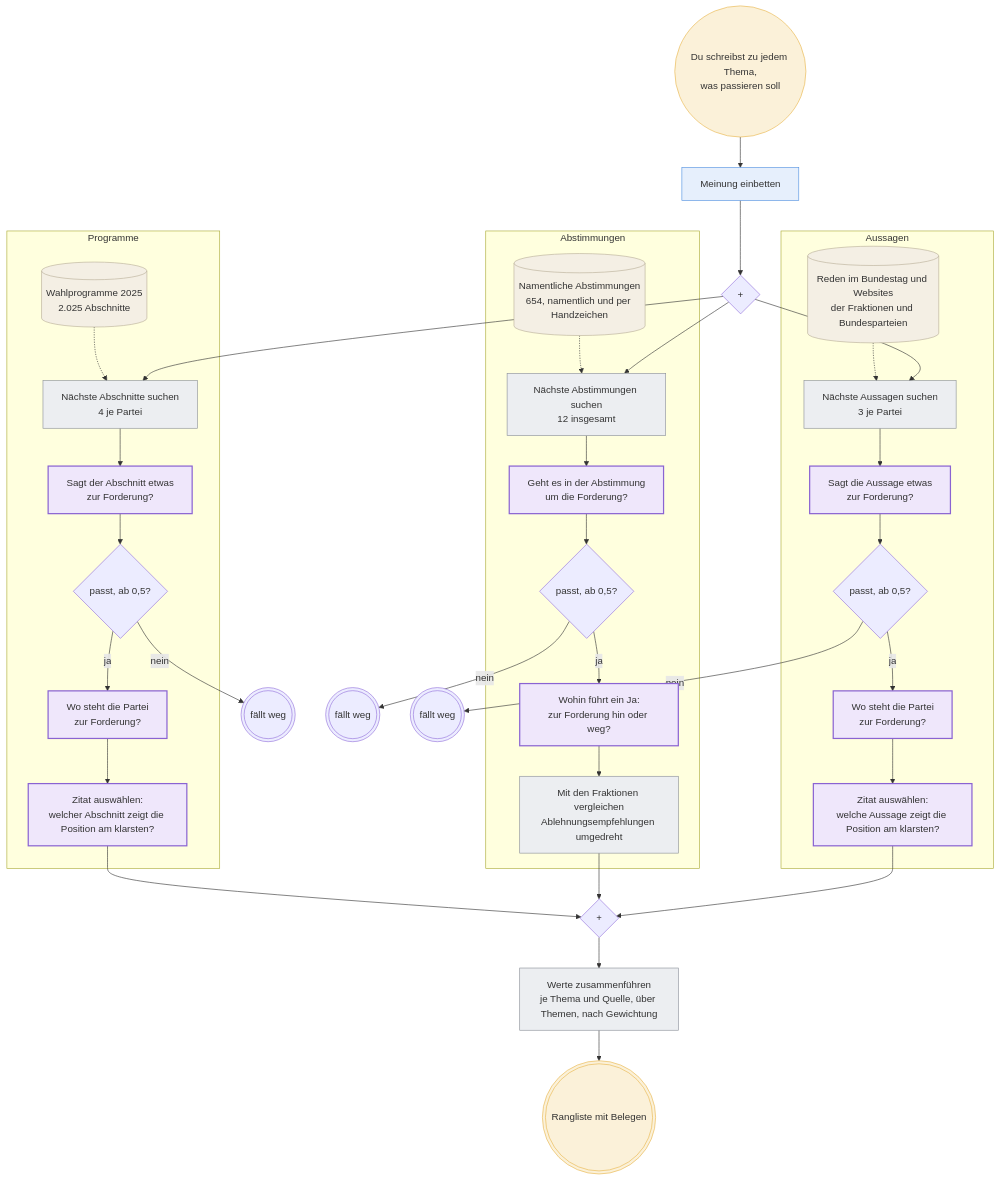
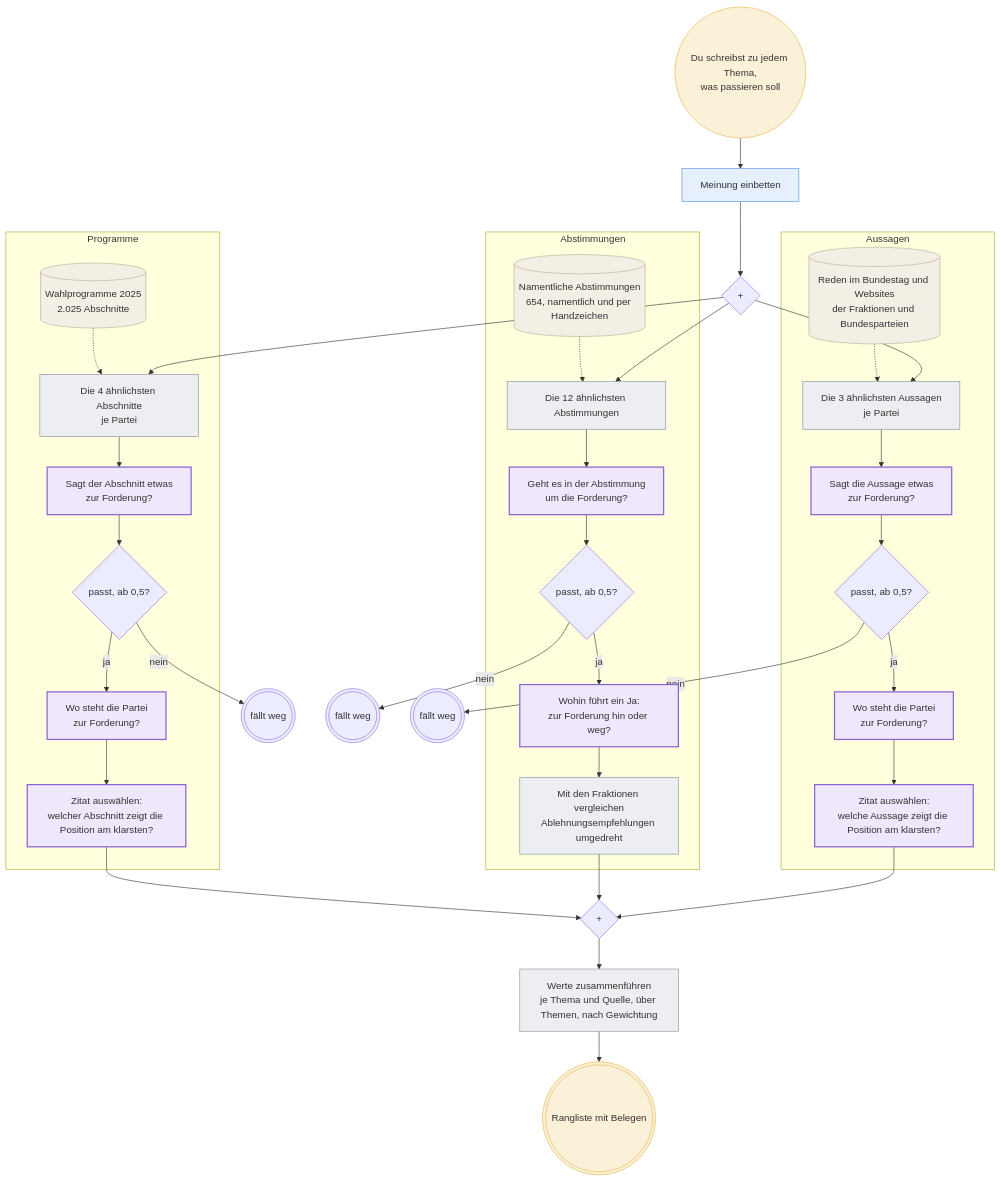
One commit to NicolasMahn/VotingAid changed the diagram in docs/workflow.mmd. Above: the diagram before and after it, drawn with Mermaid. The commit also changed 2 other files, not shown here.

Commit message:
Name the search steps by what they fetch: "Die 4 ähnlichsten Abschnitte"
"Nächste" read as "the following". The counts come from the app's code.

```diff
--- a/docs/workflow.mmd
+++ b/docs/workflow.mmd
@@ -1,55 +1,55 @@
 %% Voting Aid: from an opinion to the ranking. The same flow as workflow.html,
 %% as text: open it in mermaid.live, or import it into Excalidraw, draw.io or Miro.
 %% Circles are events, boxes tasks, diamonds decisions, cylinders data. Counts
 %% and what a step runs once for are on the HTML page.
 flowchart TB
   start((Du schreibst zu jedem Thema,<br/>was passieren soll)):::person
   query[Meinung einbetten]:::voyage
   split{+}
   start --> query --> split
 
   subgraph Programme
     pdb[(Wahlprogramme 2025<br/>2.025 Abschnitte)]:::data
-    psearch[Nächste Abschnitte suchen<br/>4 je Partei]:::code
+    psearch[Die 4 ähnlichsten Abschnitte<br/>je Partei]:::code
     prel[Sagt der Abschnitt etwas<br/>zur Forderung?]:::jev
     pgate{passt, ab 0,5?}
     pmatch[Wo steht die Partei<br/>zur Forderung?]:::jev
     psource[Zitat auswählen:<br/>welcher Abschnitt zeigt die Position am klarsten?]:::jev
     pdb -.-> psearch --> prel --> pgate -->|ja| pmatch --> psource
   end
 
   subgraph Abstimmungen
     vdb[(Namentliche Abstimmungen<br/>654, namentlich und per Handzeichen)]:::data
-    vsearch[Nächste Abstimmungen suchen<br/>12 insgesamt]:::code
+    vsearch[Die 12 ähnlichsten Abstimmungen]:::code
     vrel[Geht es in der Abstimmung<br/>um die Forderung?]:::jev
     vgate{passt, ab 0,5?}
     vdir[Wohin führt ein Ja:<br/>zur Forderung hin oder weg?]:::jev
     vcompare[Mit den Fraktionen vergleichen<br/>Ablehnungsempfehlungen umgedreht]:::code
     vdb -.-> vsearch --> vrel --> vgate -->|ja| vdir --> vcompare
   end
 
   subgraph Aussagen
     sdb[(Reden im Bundestag und Websites<br/>der Fraktionen und Bundesparteien)]:::data
-    ssearch[Nächste Aussagen suchen<br/>3 je Partei]:::code
+    ssearch[Die 3 ähnlichsten Aussagen<br/>je Partei]:::code
     srel[Sagt die Aussage etwas<br/>zur Forderung?]:::jev
     sgate{passt, ab 0,5?}
     smatch[Wo steht die Partei<br/>zur Forderung?]:::jev
     ssource[Zitat auswählen:<br/>welche Aussage zeigt die Position am klarsten?]:::jev
     sdb -.-> ssearch --> srel --> sgate -->|ja| smatch --> ssource
   end
 
   split --> psearch & vsearch & ssearch
   join{+}
   psource & vcompare & ssource --> join
   pgate -->|nein| pdrop(((fällt weg)))
   vgate -->|nein| vdrop(((fällt weg)))
   sgate -->|nein| sdrop(((fällt weg)))
   combine[Werte zusammenführen<br/>je Thema und Quelle, über Themen, nach Gewichtung]:::code
   done(((Rangliste mit Belegen))):::person
   join --> combine --> done
 
   classDef person fill:#fbf1d9,stroke:#e8b54a
   classDef voyage fill:#e6effc,stroke:#4f8fe0
   classDef jev fill:#efe7fb,stroke:#8a63d2,stroke-width:2px
   classDef code fill:#eceef1,stroke:#8a8f98
   classDef data fill:#f4efe4,stroke:#b9ae97
```
